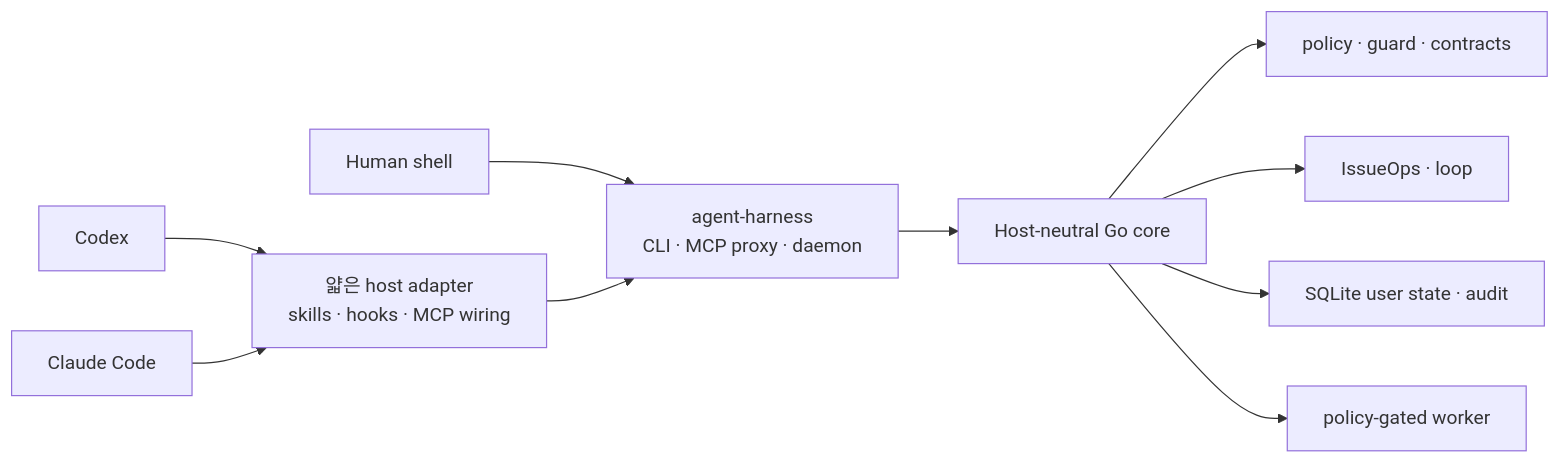
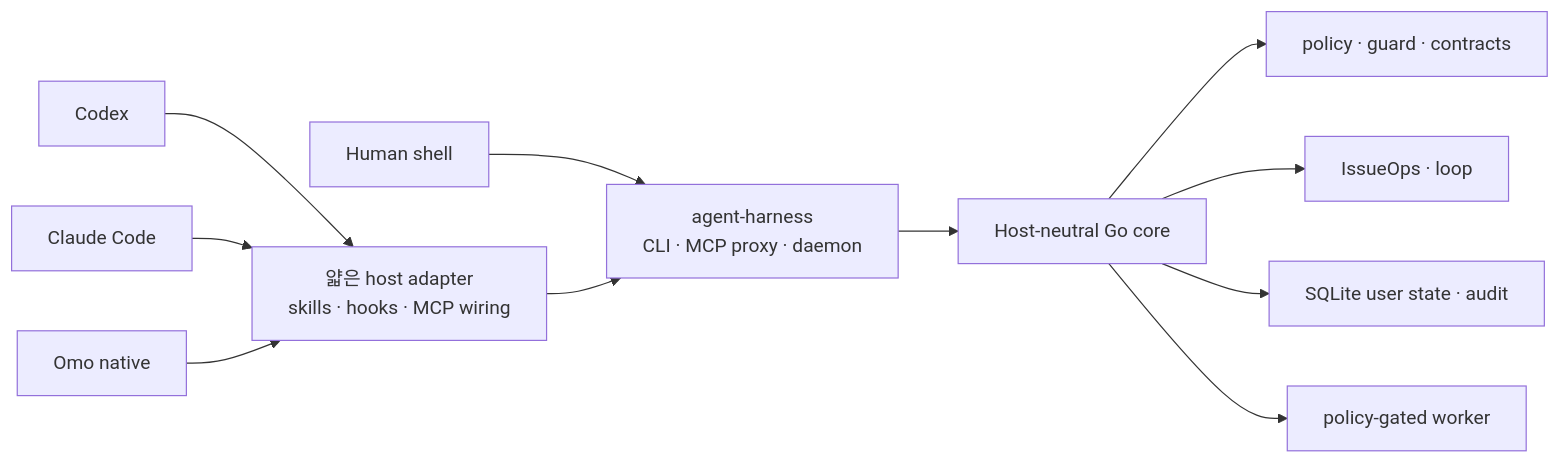
Before and after one commit to m16khb-org/agent-harness: the diagram in README.md, drawn with Mermaid. The commit also changed other lines of this file and 45 other files, not shown here.

First line of the commit message:
feat(omo): add native first-party host

````diff
--- a/README.md
+++ b/README.md
@@ -74,12 +75,13 @@
 ```mermaid
 flowchart LR
     Codex["Codex"] --> Host["얇은 host adapter<br/>skills · hooks · MCP wiring"]
     Claude["Claude Code"] --> Host
+    Omo["Omo native"] --> Host
     Shell["Human shell"] --> Surface["agent-harness<br/>CLI · MCP proxy · daemon"]
     Host --> Surface
     Surface --> Core["Host-neutral Go core"]
     Core --> Policy["policy · guard · contracts"]
     Core --> Flow["IssueOps · loop"]
     Core --> State["SQLite user state · audit"]
     Core --> Worker["policy-gated worker"]
 ```
````
